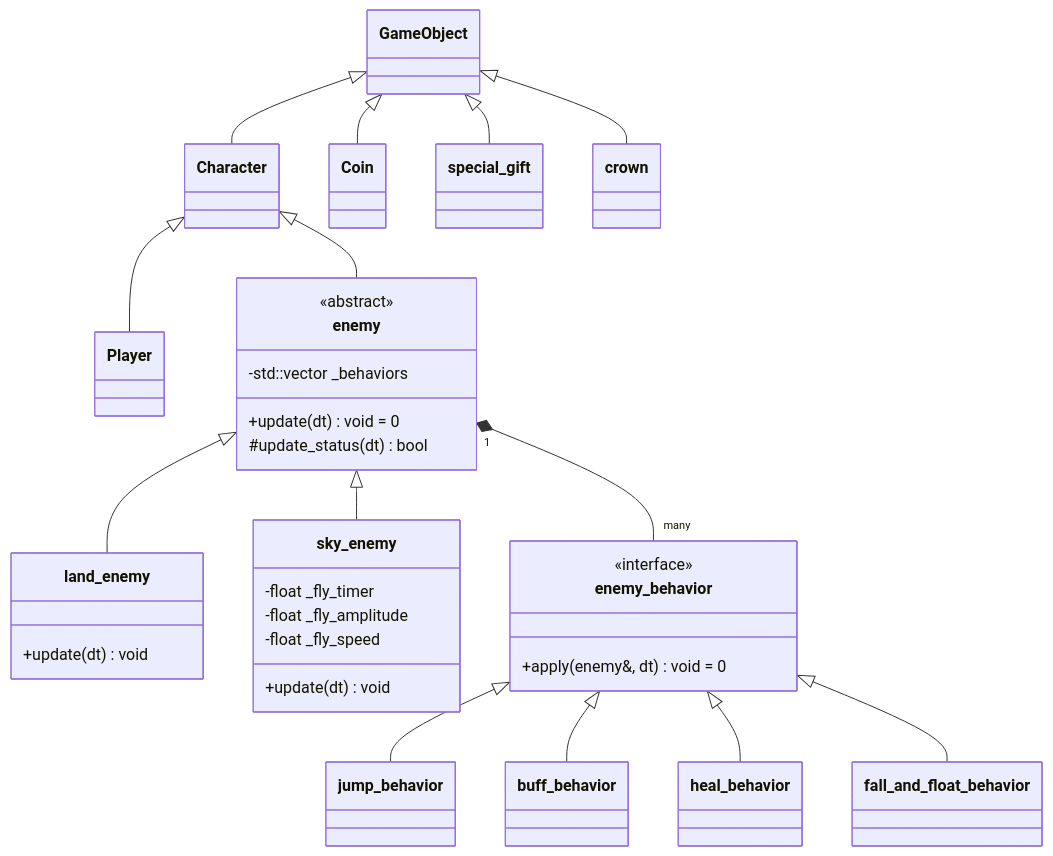
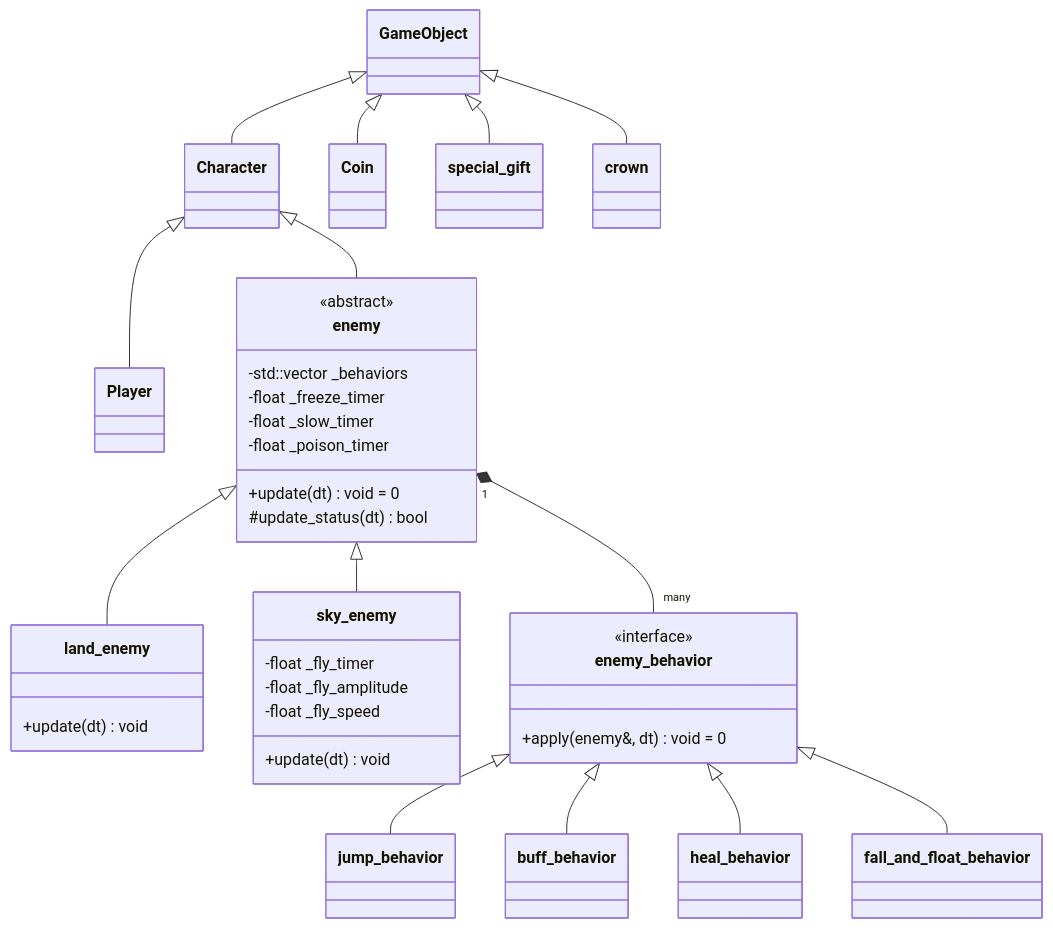
One commit to freeguy2006/Tower-Defense-MiniGame changed the diagram in architecture.md. Above: the diagram before and after it, drawn with Mermaid. The commit also changed other lines of this file and 1 other file, not shown here.

````diff
--- a/architecture.md
+++ b/architecture.md
@@ -49,37 +49,40 @@
 ```mermaid
 classDiagram
     GameObject <|-- Character
     GameObject <|-- Coin
     GameObject <|-- special_gift
     GameObject <|-- crown
     Character <|-- Player
     Character <|-- enemy
     enemy <|-- land_enemy
     enemy <|-- sky_enemy
     
     enemy "1" *-- "many" enemy_behavior
     enemy_behavior <|-- jump_behavior
     enemy_behavior <|-- buff_behavior
     enemy_behavior <|-- heal_behavior
     enemy_behavior <|-- fall_and_float_behavior
 
     class enemy {
         <<abstract>>
         -std::vector<enemy_behavior*> _behaviors
+        -float _freeze_timer
+        -float _slow_timer
+        -float _poison_timer
         +update(dt) void = 0
         #update_status(dt) bool
     }
     class land_enemy {
         +update(dt) void
     }
     class sky_enemy {
         -float _fly_timer
         -float _fly_amplitude
         -float _fly_speed
         +update(dt) void
     }
     class enemy_behavior {
         <<interface>>
         +apply(enemy&, dt) void = 0
     }
 ```
````
